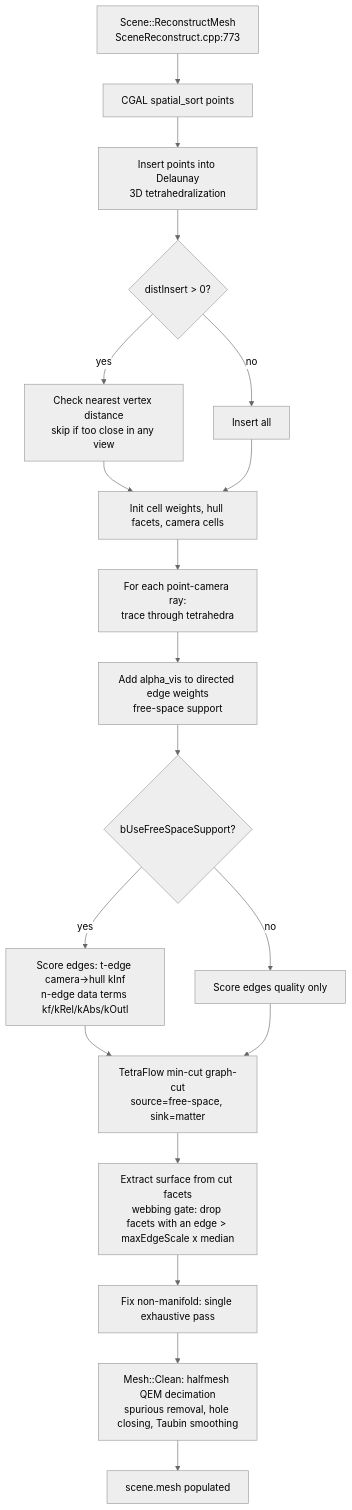
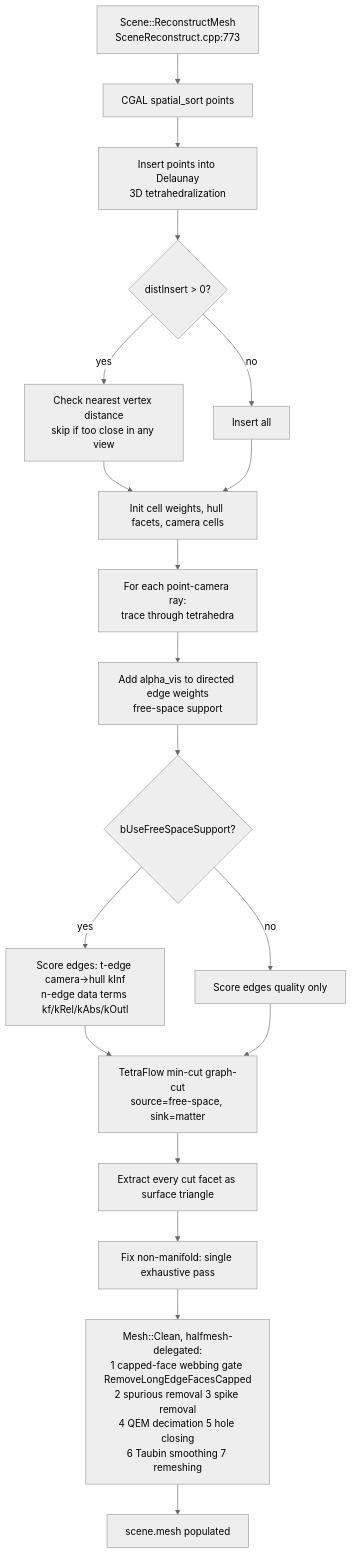
The seventh of 10 diagrams in docs/pipelines.md (cdcseacave/openMVS), drawn with Mermaid (neutral theme) before and after one commit. The commit also changed other lines of this file and 19 other files, not shown here.

Commit message:
mesh: webbing gate as a capped-face filter in Mesh::Clean (#1302)

````diff
--- a/docs/pipelines.md
+++ b/docs/pipelines.md
@@ -541,21 +541,21 @@
 ```mermaid
 graph TD
     A[Scene::ReconstructMesh<br/>SceneReconstruct.cpp:773] --> B[CGAL spatial_sort points]
     B --> C[Insert points into Delaunay<br/>3D tetrahedralization]
     C --> C1{distInsert > 0?}
     C1 -->|yes| C2[Check nearest vertex distance<br/>skip if too close in any view]
     C1 -->|no| C3[Insert all]
     C2 --> D
     C3 --> D[Init cell weights, hull facets, camera cells]
     D --> E[For each point-camera ray:<br/>trace through tetrahedra]
     E --> E1[Add alpha_vis to directed edge weights<br/>free-space support]
     E1 --> F{bUseFreeSpaceSupport?}
     F -->|yes| G[Score edges: t-edge camera->hull kInf<br/>n-edge data terms kf/kRel/kAbs/kOutl]
     F -->|no| H[Score edges quality only]
     G --> I[TetraFlow min-cut graph-cut<br/>source=free-space, sink=matter]
     H --> I
-    I --> J[Extract surface from cut facets<br/>webbing gate: drop facets with an edge > maxEdgeScale x median]
+    I --> J[Extract every cut facet as surface triangle]
     J --> K[Fix non-manifold: single exhaustive pass]
-    K --> L[Mesh::Clean: halfmesh QEM decimation<br/>spurious removal, hole closing, Taubin smoothing]
+    K --> L[Mesh::Clean, halfmesh-delegated:<br/>1 capped-face webbing gate RemoveLongEdgeFacesCapped<br/>2 spurious removal 3 spike removal<br/>4 QEM decimation 5 hole closing<br/>6 Taubin smoothing 7 remeshing]
     L --> M[scene.mesh populated]
 ```
````
